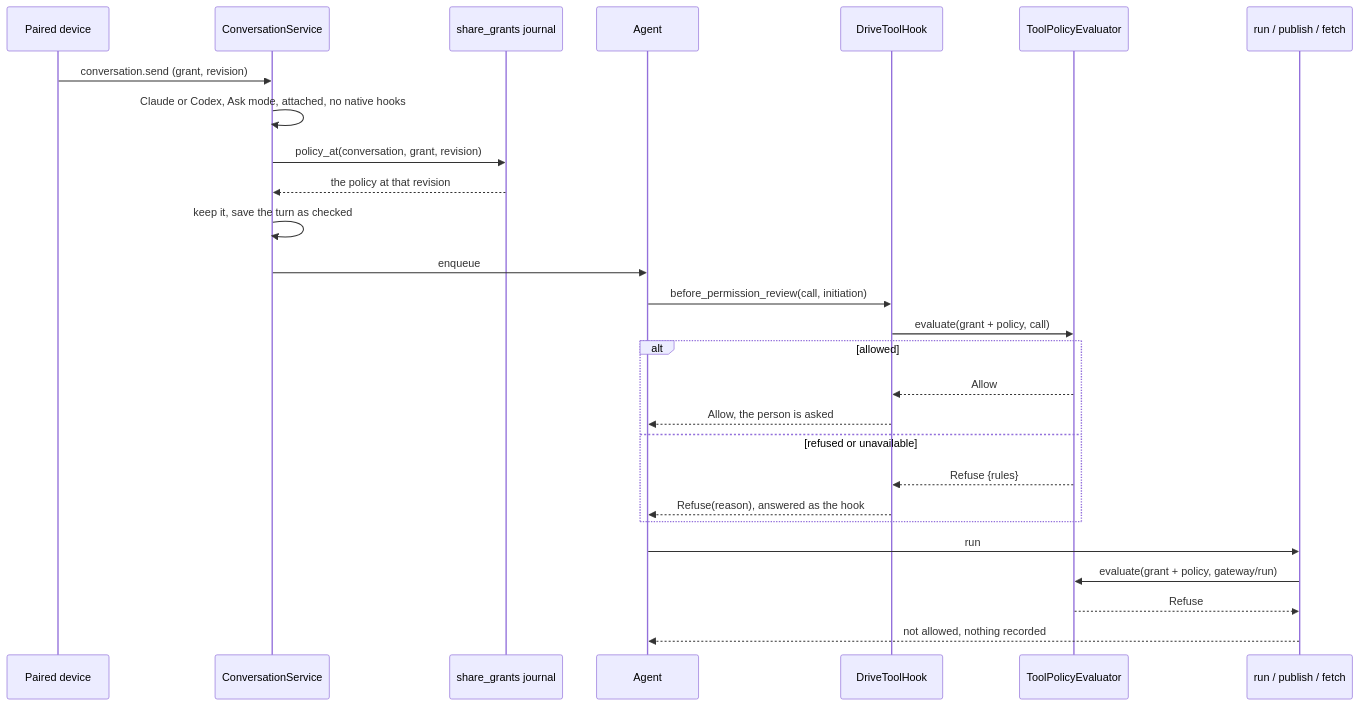
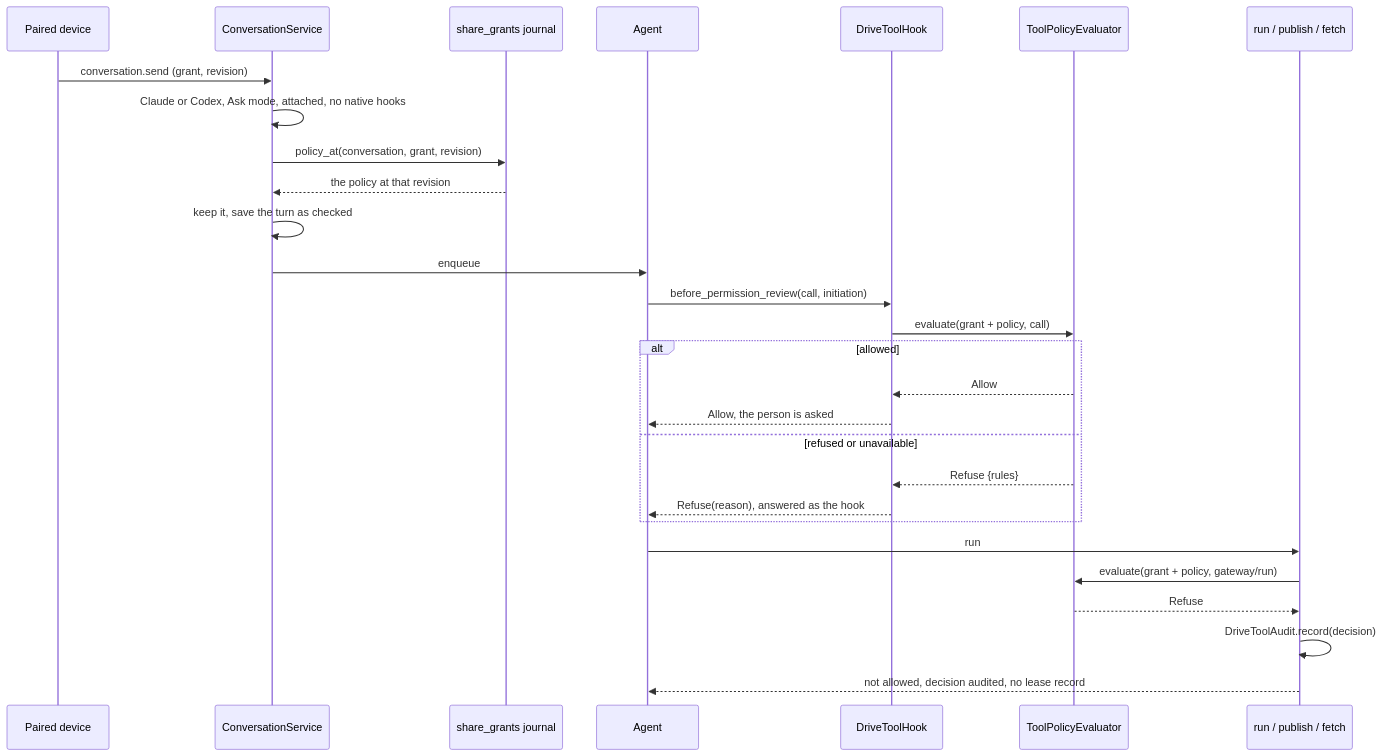
The third of 6 diagrams in docs/design/read-grants.md (nessalabs/nessa-agent), drawn with Mermaid before and after one commit.

Commit message:
Show the gateway's audited refusal in the Drive flow diagram
Claude-Session: https://claude.ai/code/session_01HBvRdNbMujHkeGRufJwjAb

````diff
--- a/docs/design/read-grants.md
+++ b/docs/design/read-grants.md
@@ -307,29 +307,30 @@
 ```mermaid
 sequenceDiagram
     participant Device as Paired device
     participant Service as ConversationService
     participant Grants as share_grants journal
     participant Agent
     participant Hook as DriveToolHook
     participant Cedar as ToolPolicyEvaluator
     participant Gateway as run / publish / fetch
     Device->>Service: conversation.send (grant, revision)
     Service->>Service: Claude or Codex, Ask mode, attached, no native hooks
     Service->>Grants: policy_at(conversation, grant, revision)
     Grants-->>Service: the policy at that revision
     Service->>Service: keep it, save the turn as checked
     Service->>Agent: enqueue
     Agent->>Hook: before_permission_review(call, initiation)
     Hook->>Cedar: evaluate(grant + policy, call)
     alt allowed
         Cedar-->>Hook: Allow
         Hook-->>Agent: Allow, the person is asked
     else refused or unavailable
         Cedar-->>Hook: Refuse {rules}
         Hook-->>Agent: Refuse(reason), answered as the hook
     end
     Agent->>Gateway: run
     Gateway->>Cedar: evaluate(grant + policy, gateway/run)
     Cedar-->>Gateway: Refuse
-    Gateway-->>Agent: not allowed, nothing recorded
+    Gateway->>Gateway: DriveToolAudit.record(decision)
+    Gateway-->>Agent: not allowed, decision audited, no lease record
 ```
````
